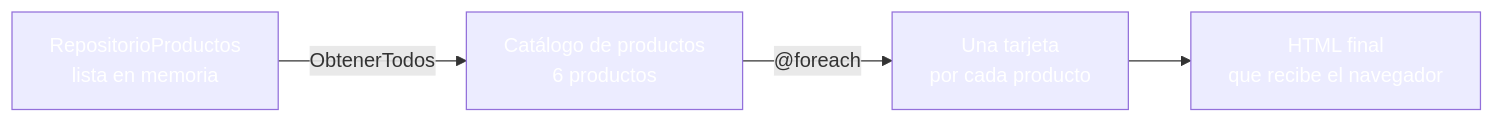
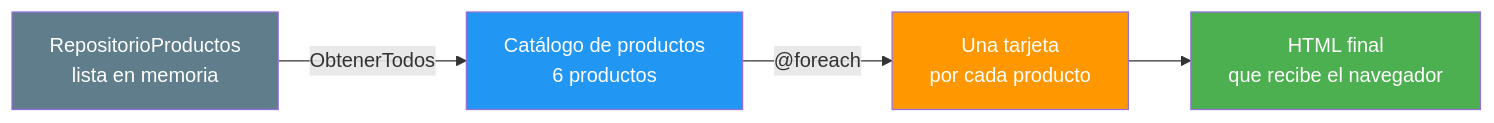
The first of 4 diagrams in 03-estructuras-control.md (joseluisgs/DesarrolloWebEntornosServidor-03-2026-2027), drawn with Mermaid before and after one commit. The commit also changed other lines of this file and 25 other files, not shown here.

Commit message:
docs: corregir los estilos Mermaid de los temas y alinear el dominio del tema 25 con ProductosApp

````diff
--- a/03-estructuras-control.md
+++ b/03-estructuras-control.md
@@ -115,11 +115,11 @@
 ```mermaid
 graph LR
     A["RepositorioProductos<br/>lista en memoria"] -->|ObtenerTodos| B["Catálogo de productos<br/>6 productos"]
     B -->|"@foreach"| C["Una tarjeta<br/>por cada producto"]
     C --> D["HTML final<br/>que recibe el navegador"]
 
-    style A fill:#607D8,color:#fffB,color:#fff
-    style B fill:#2196F,color:#fff3,color:#fff
-    style C fill:#FF980,color:#fff0,color:#fff
-    style D fill:#4CAF5,color:#fff0,color:#fff
+    style A fill:#607D8B,color:#fff
+    style B fill:#2196F3,color:#fff
+    style C fill:#FF9800,color:#fff
+    style D fill:#4CAF50,color:#fff
 ```
````
